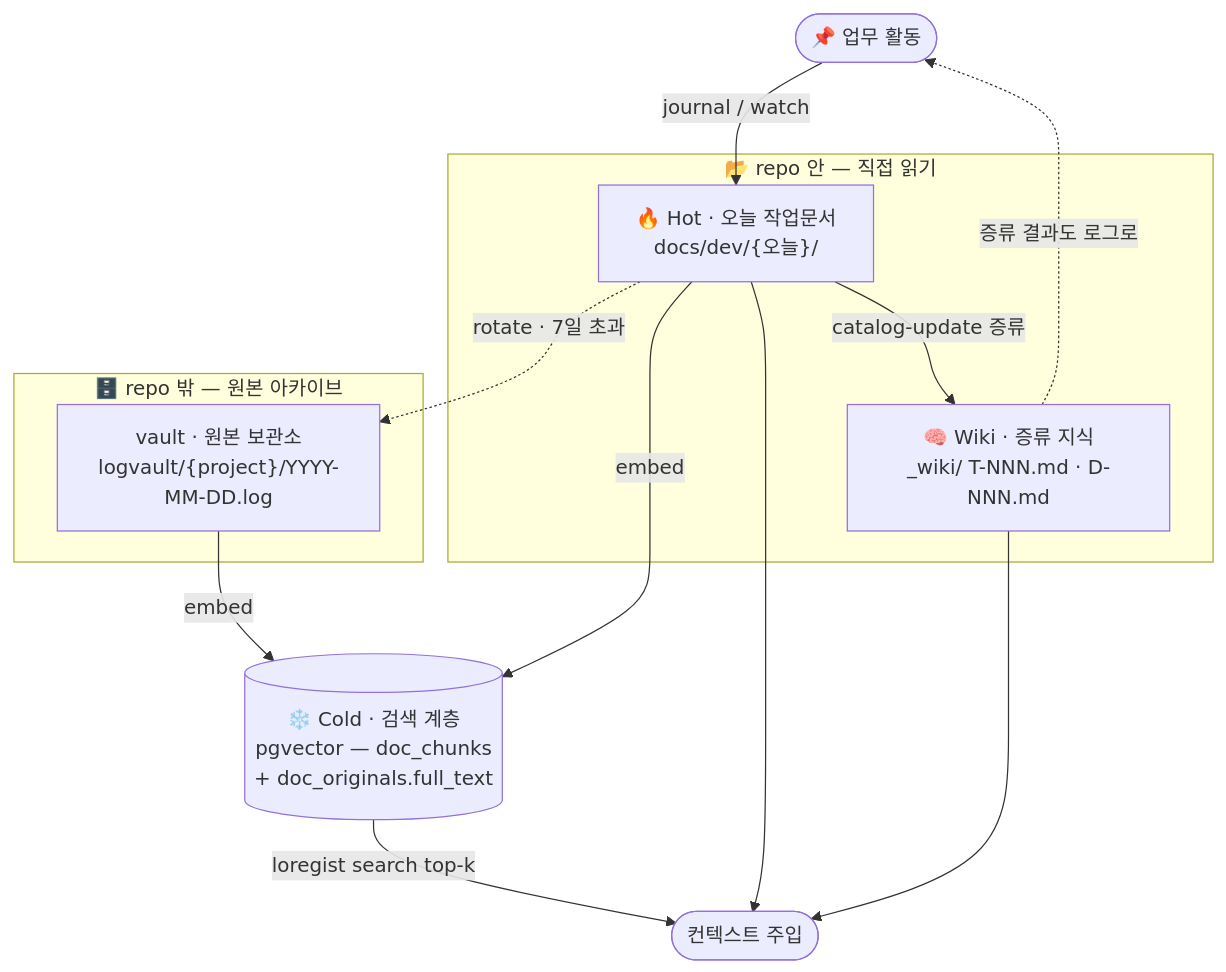
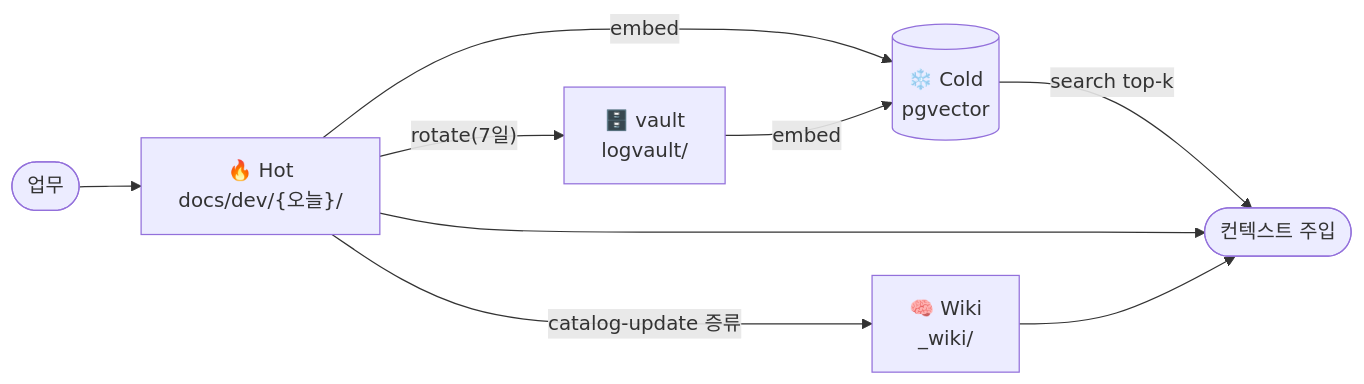
Before and after one commit to mzd-nrkim/loregist: the second of 4 diagrams in README.md, drawn with Mermaid. The commit also changed other lines of this file, not shown here.

Commit message:
docs(plans): plan-run 위임 프롬프트 효율 규칙 보강 — grep 검증 후 재Read 금지 및 독립 Bash 묶기 추가
- SKILL.md에 "grep/Bash 검증 완결 후 추가 Read 금지" 및 "독립 검증 Bash 명령 묶기" 규칙 삽입
- 자체 준수 게이트에 새로운 항목 추가
- 모든 변경 사항에 대한 단위 및 통합 테스트 통과 확인

````diff
--- a/README.md
+++ b/README.md
@@ -31,26 +31,11 @@
 ```mermaid
-flowchart TB
-    WORK([📌 업무 활동])
-    WORK -->|"journal / watch"| HOT
-
-    subgraph INREPO["📂 repo 안 — 직접 읽기"]
-        HOT["🔥 Hot · 오늘 작업문서\ndocs/dev/{오늘}/"]
-        WIKI["🧠 Wiki · 증류 지식\n_wiki/ T-NNN.md · D-NNN.md"]
-    end
-
-    subgraph OUTREPO["🗄️ repo 밖 — 원본 아카이브"]
-        VAULT["vault · 원본 보관소\nlogvault/{project}/YYYY-MM-DD.log"]
-    end
-
-    DB[("❄️ Cold · 검색 계층\npgvector — doc_chunks\n+ doc_originals.full_text")]
-    CTX([컨텍스트 주입])
-
-    HOT -.->|"rotate · 7일 초과"| VAULT
-    HOT -->|embed| DB
-    VAULT -->|embed| DB
-    DB -->|"loregist search top-k"| CTX
+flowchart LR
+    WORK([업무]) --> HOT["🔥 Hot\ndocs/dev/{오늘}/"]
+    HOT -->|"rotate(7일)"| VAULT["🗄️ vault\nlogvault/"]
+    HOT -->|embed| COLD[("❄️ Cold\npgvector")]
+    VAULT -->|embed| COLD
+    HOT -->|"catalog-update 증류"| WIKI["🧠 Wiki\n_wiki/"]
+    COLD -->|"search top-k"| CTX([컨텍스트 주입])
     HOT --> CTX
-    HOT -->|"catalog-update 증류"| WIKI
     WIKI --> CTX
-    WIKI -.->|"증류 결과도 로그로"| WORK
 ```
````
